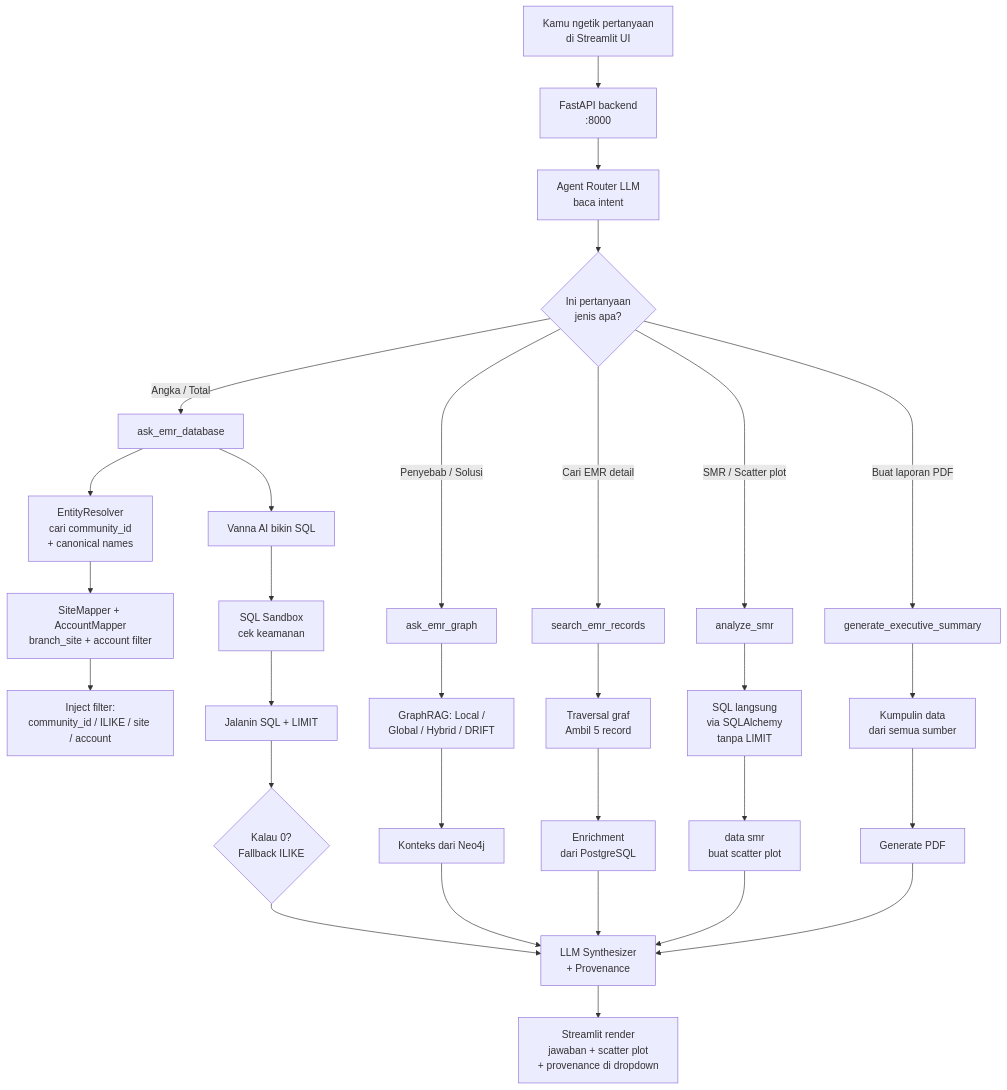
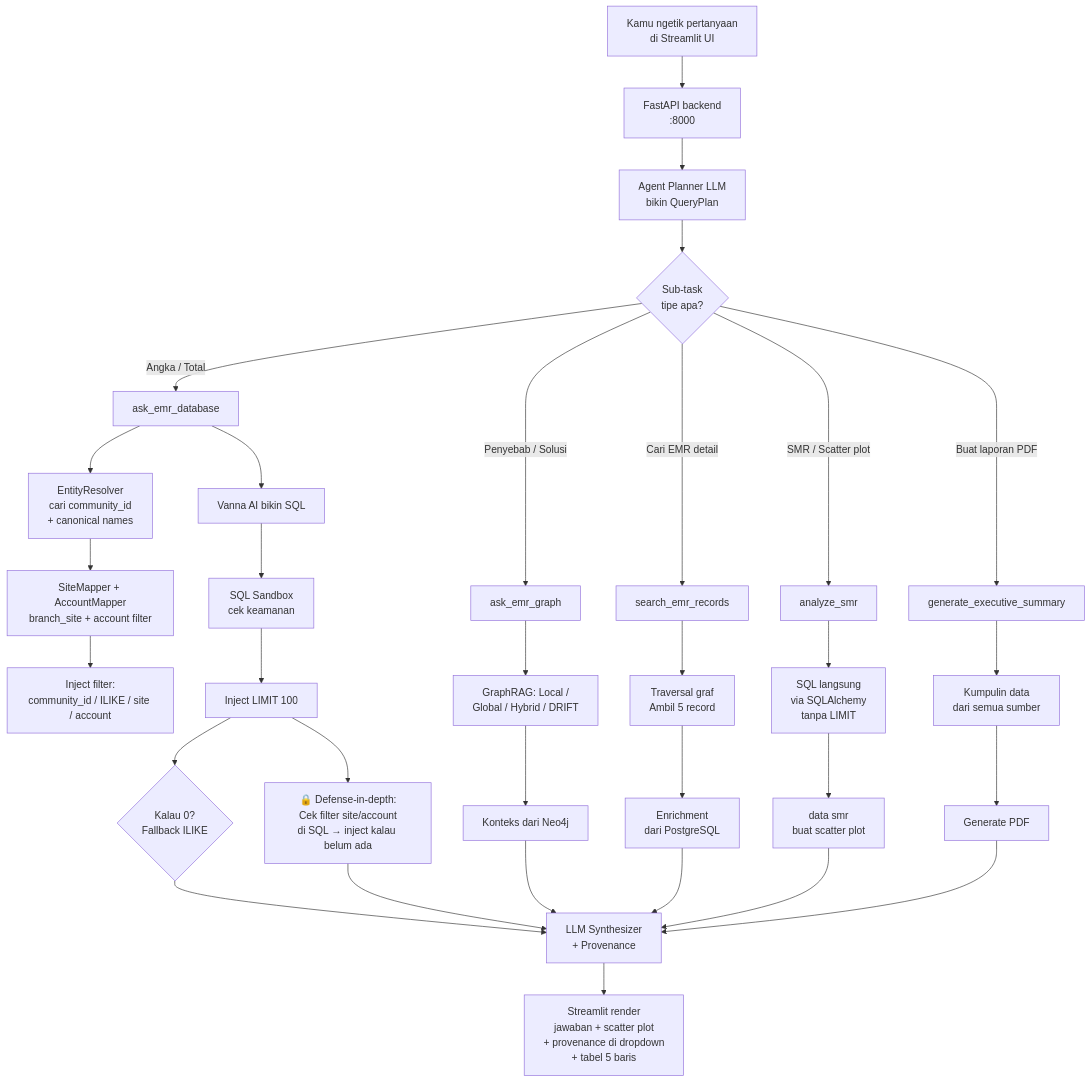
The second of 2 diagrams in README.md (iampraja16/RAGProductImprovement), drawn with Mermaid before and after one commit. The commit also changed other lines of this file and 23 other files, not shown here.

````diff
--- a/README.md
+++ b/README.md
@@ -166,43 +170,47 @@
 ```mermaid
 graph TD
     A[Kamu ngetik pertanyaan\ndi Streamlit UI] --> B[FastAPI backend\n:8000]
-    B --> C[Agent Router LLM\nbaca intent]
+    B --> C[Agent Planner LLM\nbikin QueryPlan]
     
-    C --> D{Ini pertanyaan\njenis apa?}
+    C --> D{Sub-task\ntipe apa?}
     
     D -->|Angka / Total| E[ask_emr_database]
     D -->|Penyebab / Solusi| F[ask_emr_graph]
     D -->|Cari EMR detail| G[search_emr_records]
     D -->|SMR / Scatter plot| H[analyze_smr]
     D -->|Buat laporan PDF| I[generate_executive_summary]
     
     E --> J[EntityResolver\ncari community_id\n+ canonical names]
     J --> K[SiteMapper + AccountMapper\nbranch_site + account filter]
     
     K --> L[Inject filter:\ncommunity_id / ILIKE / site / account]
     
     E --> M[Vanna AI bikin SQL]
     M --> N[SQL Sandbox\ncek keamanan]
-    N --> O[Jalanin SQL + LIMIT]
+    N --> O[Inject LIMIT 100]
     O --> P{Kalau 0?\nFallback ILIKE}
+    
+    %% NEW: Defense-in-depth filter injection
+    O --> O2[🔒 Defense-in-depth:\nCek filter site/account\ndi SQL → inject kalau belum ada]
     
     F --> Q[GraphRAG: Local /\nGlobal / Hybrid / DRIFT]
     Q --> R[Konteks dari Neo4j]
     
     G --> S[Traversal graf\nAmbil 5 record]
     S --> T[Enrichment\ndari PostgreSQL]
     
     H --> U[SQL langsung\nvia SQLAlchemy\ntanpa LIMIT]
     U --> V[data smr\nbuat scatter plot]
     
     I --> W[Kumpulin data\ndari semua sumber]
     W --> X[Generate PDF]
     
     R --> Y[LLM Synthesizer\n+ Provenance]
     P --> Y
+    O2 --> Y
     T --> Y
     V --> Y
     X --> Y
     
-    Y --> Z[Streamlit render\njawaban + scatter plot\n+ provenance di dropdown]
+    Y --> Z[Streamlit render\njawaban + scatter plot\n+ provenance di dropdown\n+ tabel 5 baris]
 ```
````
